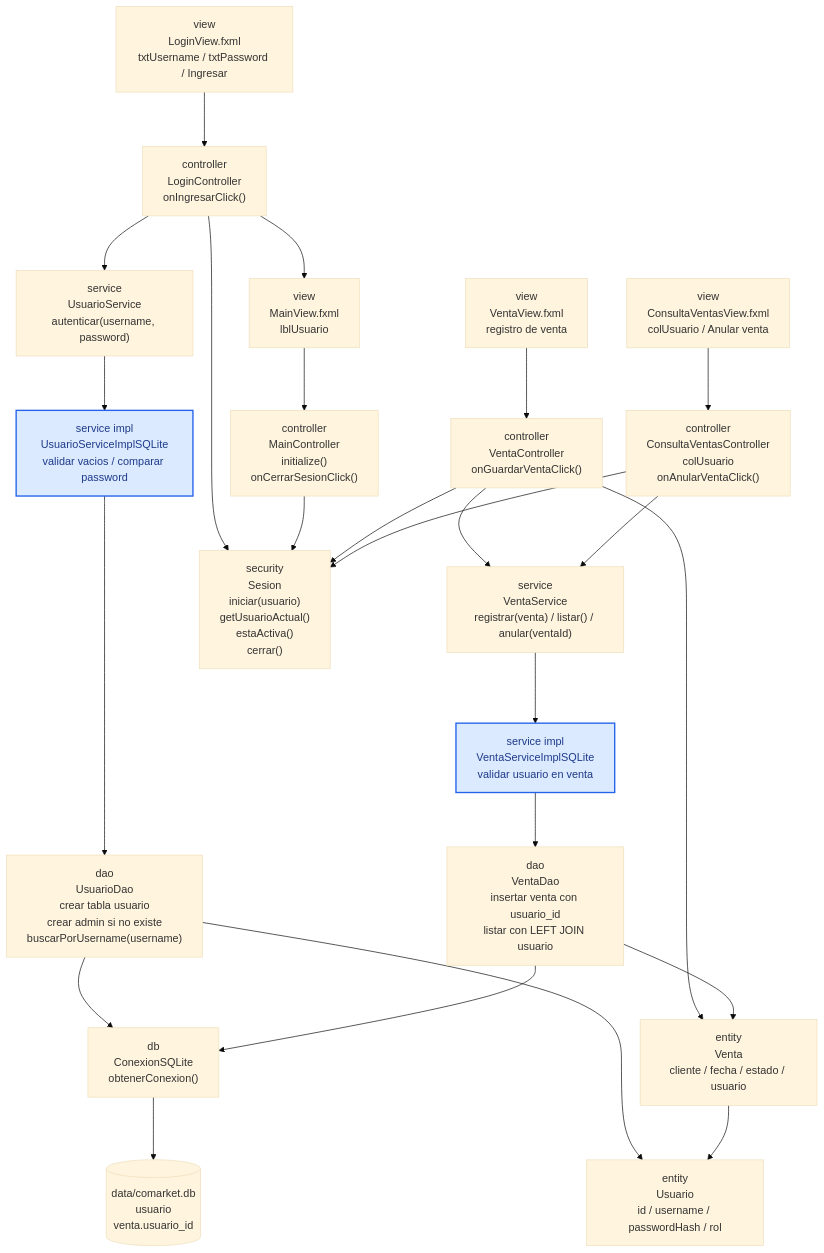
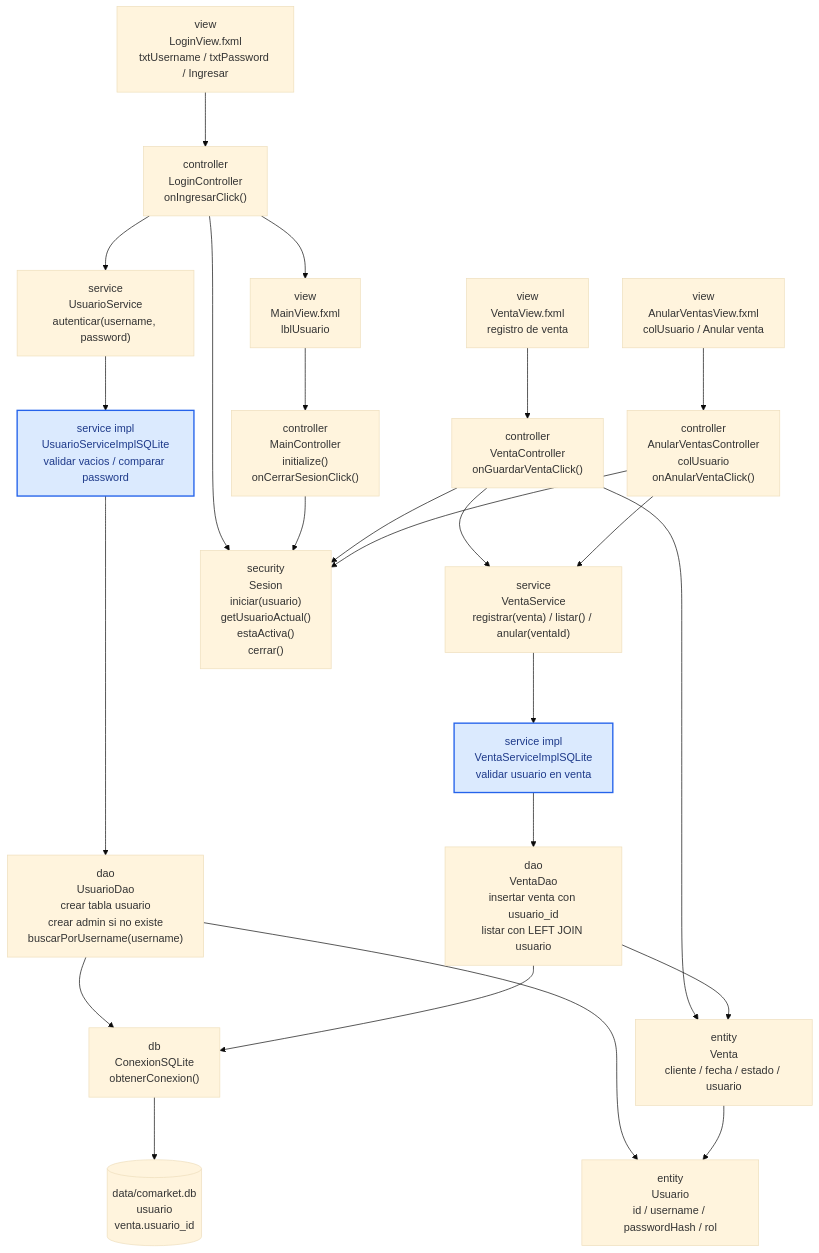
Before and after one commit to 262poo/comarket: the diagram in docs/S10_Seguridad_Relacion_Uno_Muchos.md, drawn with Mermaid (base theme). The commit also changed other lines of this file and 7 other files, not shown here.

````diff
--- a/docs/S10_Seguridad_Relacion_Uno_Muchos.md
+++ b/docs/S10_Seguridad_Relacion_Uno_Muchos.md
@@ -67,50 +67,50 @@
 ```mermaid
 %%{init: {'flowchart': {'rankSpacing': 80, 'nodeSpacing': 35, 'curve': 'basis'}} }%%
 flowchart TD
     LoginView["view<br/>LoginView.fxml<br/>txtUsername / txtPassword / Ingresar"]
     MainView["view<br/>MainView.fxml<br/>lblUsuario"]
     VentaView["view<br/>VentaView.fxml<br/>registro de venta"]
-    ConsultaVentasView["view<br/>ConsultaVentasView.fxml<br/>colUsuario / Anular venta"]
+    AnularVentasView["view<br/>AnularVentasView.fxml<br/>colUsuario / Anular venta"]
     LoginController["controller<br/>LoginController<br/>onIngresarClick()"]
     MainController["controller<br/>MainController<br/>initialize()<br/>onCerrarSesionClick()"]
     VentaController["controller<br/>VentaController<br/>onGuardarVentaClick()"]
-    ConsultaVentasController["controller<br/>ConsultaVentasController<br/>colUsuario<br/>onAnularVentaClick()"]
+    AnularVentasController["controller<br/>AnularVentasController<br/>colUsuario<br/>onAnularVentaClick()"]
     UsuarioService["service<br/>UsuarioService<br/>autenticar(username, password)"]
     UsuarioServiceImplSQLite["service impl<br/>UsuarioServiceImplSQLite<br/>validar vacios / comparar password"]
     VentaService["service<br/>VentaService<br/>registrar(venta) / listar() / anular(ventaId)"]
     VentaServiceImplSQLite["service impl<br/>VentaServiceImplSQLite<br/>validar usuario en venta"]
     UsuarioDao["dao<br/>UsuarioDao<br/>crear tabla usuario<br/>crear admin si no existe<br/>buscarPorUsername(username)"]
     VentaDao["dao<br/>VentaDao<br/>insertar venta con usuario_id<br/>listar con LEFT JOIN usuario"]
     ConexionSQLite["db<br/>ConexionSQLite<br/>obtenerConexion()"]
     Sesion["security<br/>Sesion<br/>iniciar(usuario)<br/>getUsuarioActual()<br/>estaActiva()<br/>cerrar()"]
     Usuario["entity<br/>Usuario<br/>id / username / passwordHash / rol"]
     Venta["entity<br/>Venta<br/>cliente / fecha / estado / usuario"]
     SQLite[("data/comarket.db<br/>usuario<br/>venta.usuario_id")]
 
     LoginView --> LoginController
     LoginController --> UsuarioService
     UsuarioService --> UsuarioServiceImplSQLite
     UsuarioServiceImplSQLite --> UsuarioDao
     UsuarioDao --> ConexionSQLite
     ConexionSQLite --> SQLite
     UsuarioDao --> Usuario
     LoginController --> Sesion
     LoginController --> MainView
     MainView --> MainController
     MainController --> Sesion
     VentaView --> VentaController
     VentaController --> Sesion
     VentaController --> VentaService
     VentaService --> VentaServiceImplSQLite
     VentaServiceImplSQLite --> VentaDao
     VentaDao --> ConexionSQLite
     VentaController --> Venta
     Venta --> Usuario
-    ConsultaVentasView --> ConsultaVentasController
-    ConsultaVentasController --> VentaService
-    ConsultaVentasController --> Sesion
+    AnularVentasView --> AnularVentasController
+    AnularVentasController --> VentaService
+    AnularVentasController --> Sesion
     VentaDao --> Venta
 
     classDef serviceImpl fill:#dbeafe,stroke:#2563eb,stroke-width:2px,color:#1e3a8a;
     class UsuarioServiceImplSQLite,VentaServiceImplSQLite serviceImpl;
 ```
````
